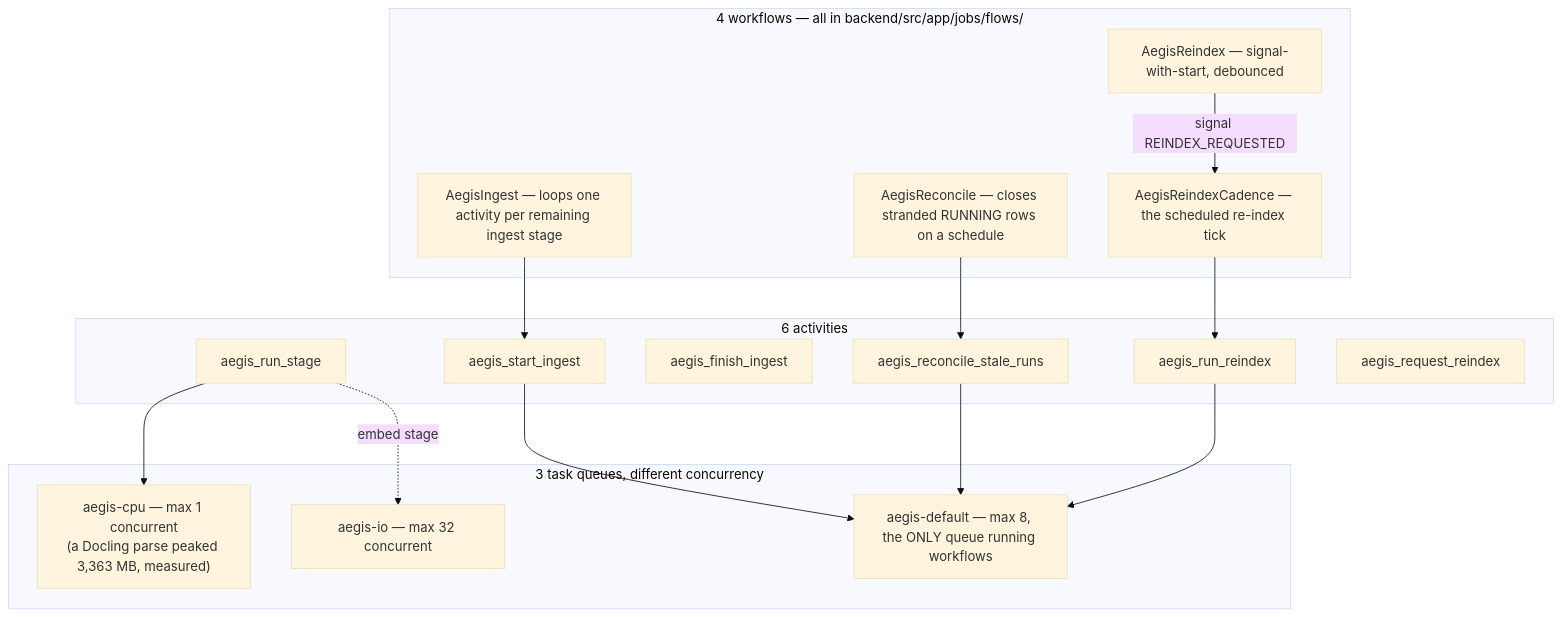
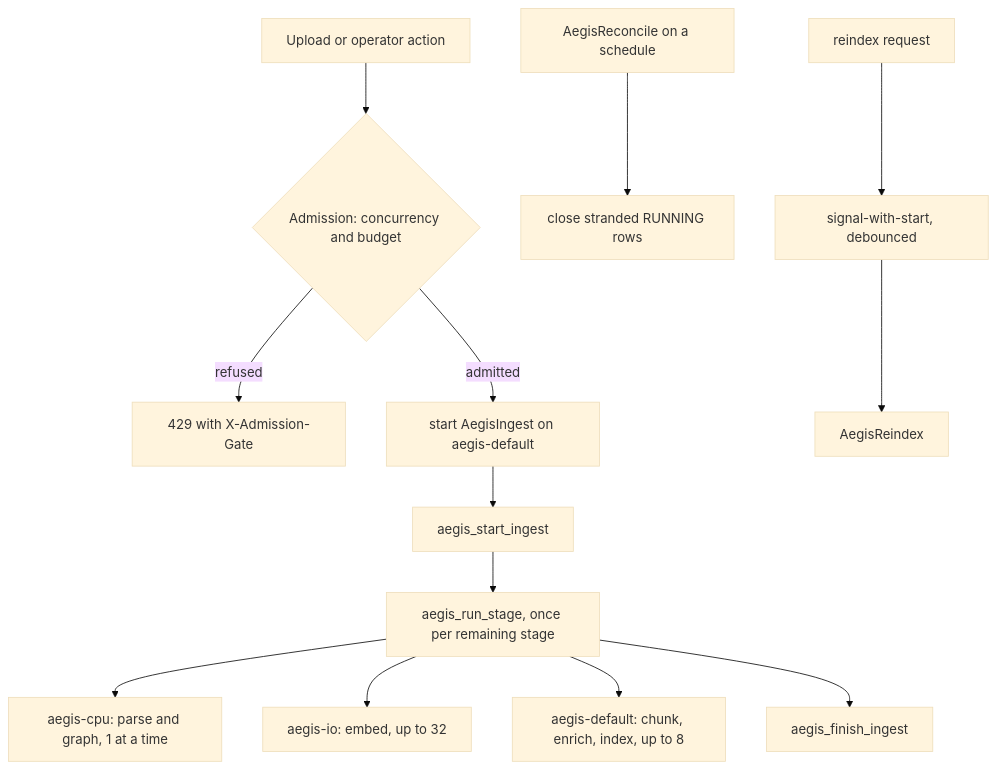
One commit to yrevash/aegis changed the diagram in docs/teaching/jobs.md. Above: the diagram before and after it, drawn with Mermaid (base theme). The commit also changed other lines of this file and 29 other files, not shown here.

````diff
--- a/docs/teaching/jobs.md
+++ b/docs/teaching/jobs.md
@@ -28,28 +25,15 @@
 ```mermaid
 flowchart TD
-    subgraph WORKFLOWS["4 workflows — all in backend/src/app/jobs/flows/"]
-        WI["AegisIngest — loops one activity per remaining ingest stage"]
-        WR["AegisReconcile — closes stranded RUNNING rows on a schedule"]
-        WX["AegisReindex — signal-with-start, debounced"]
-        WC["AegisReindexCadence — the scheduled re-index tick"]
-    end
-    subgraph ACTIVITIES["6 activities"]
-        A1[aegis_start_ingest]
-        A2[aegis_run_stage]
-        A3[aegis_finish_ingest]
-        A4[aegis_reconcile_stale_runs]
-        A5[aegis_run_reindex]
-        A6[aegis_request_reindex]
-    end
-    subgraph QUEUES["3 task queues, different concurrency"]
-        QC["aegis-cpu — max 1 concurrent<br/>(a Docling parse peaked 3,363 MB, measured)"]
-        QI["aegis-io — max 32 concurrent"]
-        QD["aegis-default — max 8, the ONLY queue running workflows"]
-    end
-    WI --> A1 --> QD
-    A2 --> QC
-    A2 -.embed stage.-> QI
-    WR --> A4 --> QD
-    WX -->|signal REINDEX_REQUESTED| WC
-    WC --> A5 --> QD
+    U[Upload or operator action] --> AD{"Admission: concurrency and budget"}
+    AD -->|refused| E[429 with X-Admission-Gate]
+    AD -->|admitted| W[start AegisIngest on aegis-default]
+    W --> A1[aegis_start_ingest]
+    A1 --> LOOP[aegis_run_stage, once per remaining stage]
+    LOOP --> QC["aegis-cpu: parse and graph, 1 at a time"]
+    LOOP --> QI["aegis-io: embed, up to 32"]
+    LOOP --> QD["aegis-default: chunk, enrich, index, up to 8"]
+    LOOP --> A3[aegis_finish_ingest]
+    S[AegisReconcile on a schedule] --> RC[close stranded RUNNING rows]
+    RQ[reindex request] --> SIG[signal-with-start, debounced]
+    SIG --> RX[AegisReindex]
 ```
````
